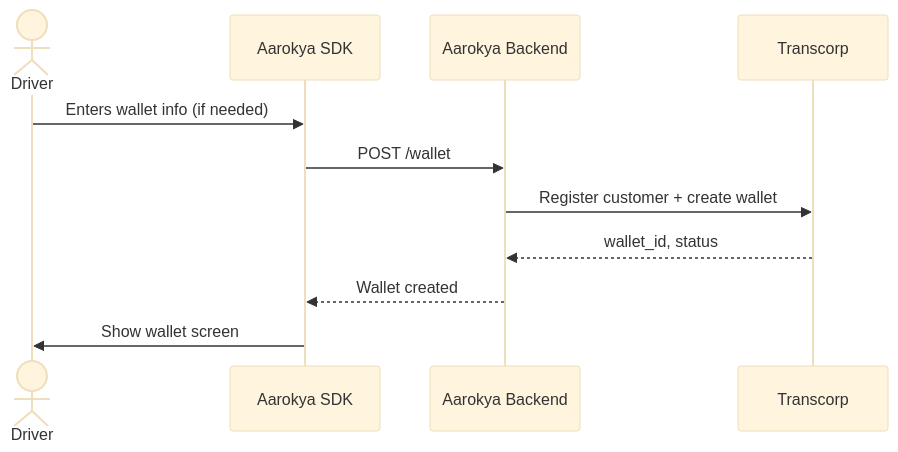
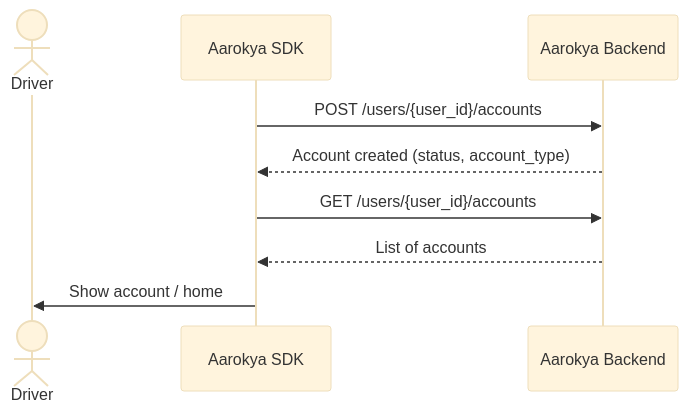
Before and after one commit to anu19981/aarokya-backend: the eighth of 11 diagrams in api-reference/architecture/screen-flows.mdx, drawn with Mermaid (base theme). The commit also changed other lines of this file and 82 other files, not shown here.

Commit message:
sync: update api-reference from aarokya-agentic-app

````diff
--- a/api-reference/architecture/screen-flows.mdx
+++ b/api-reference/architecture/screen-flows.mdx
@@ -264,14 +268,12 @@
 ```mermaid
 sequenceDiagram
     actor Driver
     participant App as Aarokya SDK
     participant API as Aarokya Backend
-    participant TC as Transcorp
 
-    Driver->>App: Enters wallet info (if needed)
-    App->>API: POST /wallet
-    API->>TC: Register customer + create wallet
-    TC-->>API: wallet_id, status
-    API-->>App: Wallet created
-    App->>Driver: Show wallet screen
+    App->>API: POST /users/{user_id}/accounts
+    API-->>App: Account created (status, account_type)
+    App->>API: GET /users/{user_id}/accounts
+    API-->>App: List of accounts
+    App->>Driver: Show account / home
 ```
````
